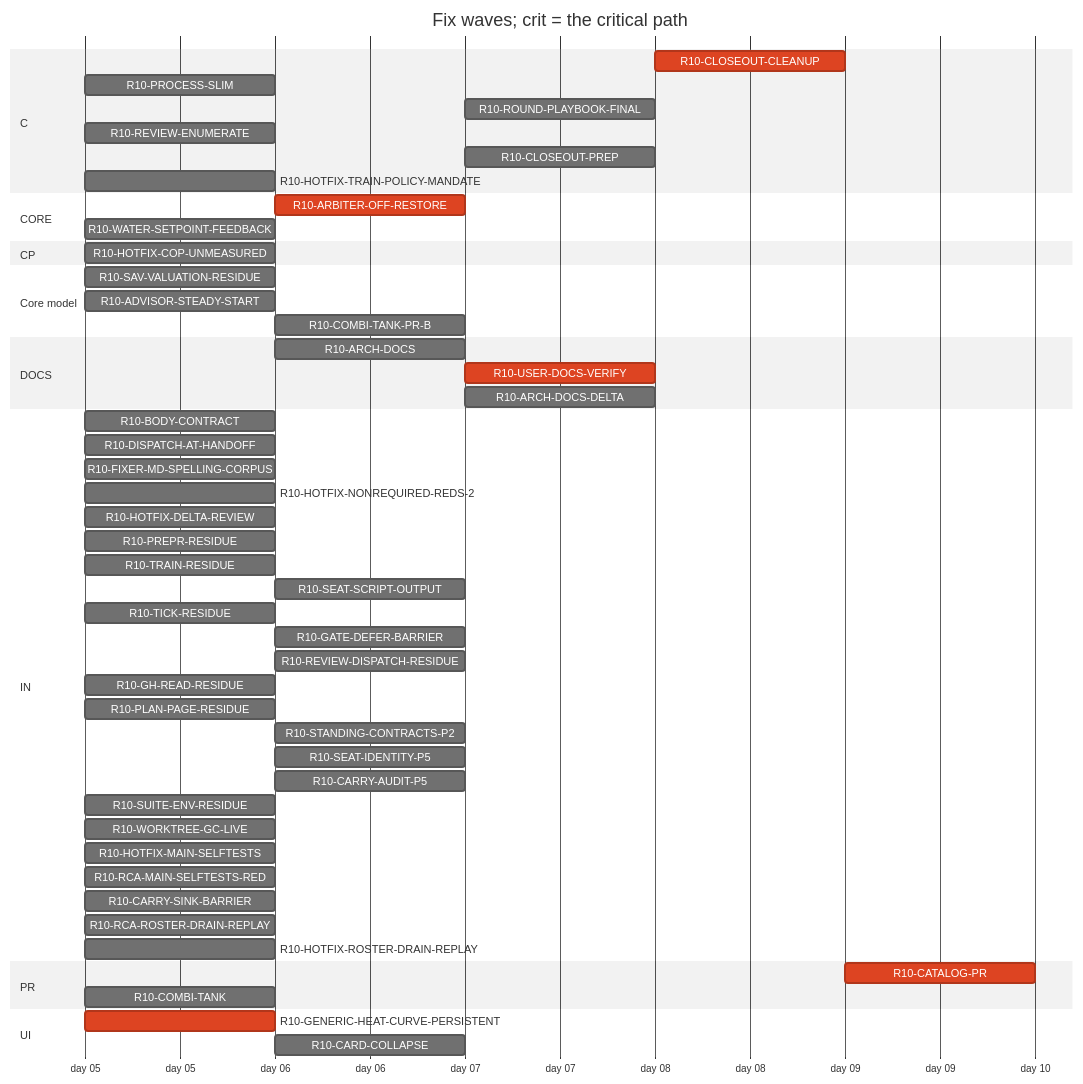
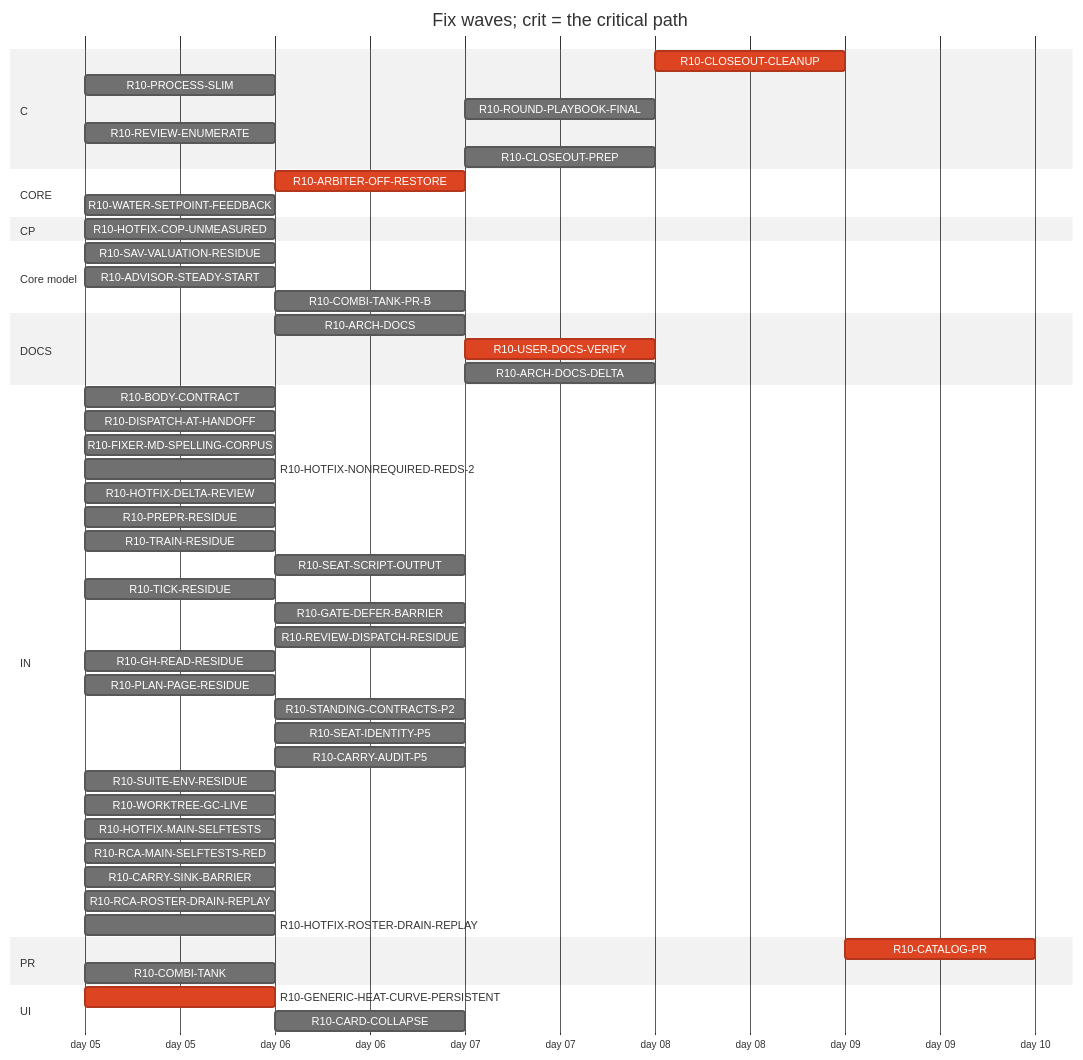
Before and after one commit to tvofi/heatpump_optimizer: the diagram in handoff/round10/state/PLAN-TABLE.md, drawn with Mermaid (neutral theme). The commit also changed other lines of this file and 3 other files, not shown here.

Commit message:
state: FLOW-BOARD.md, NEXT-SESSION-PROMPT.md, PLAN-TABLE.md, RESUME-CURRENT.md regenerated (state_docs.py)

````diff
--- a/handoff/round10/state/PLAN-TABLE.md
+++ b/handoff/round10/state/PLAN-TABLE.md
@@ -21,56 +21,55 @@
 ```mermaid
 gantt
   title Fix waves; crit = the critical path
   dateFormat YYYY-MM-DD
   axisFormat day %d
   section C
     R10-CLOSEOUT-CLEANUP :crit, r10CLOSEOUTCLEANUP, after r10ARCHDOCS r10USERDOCSVERIFY r10ROUNDPLAYBOOKFINAL r10CLOSEOUTPREP r10ARCHDOCSDELTA, 1d
     R10-PROCESS-SLIM :r10PROCESSSLIM, 2026-01-05, 1d
     R10-ROUND-PLAYBOOK-FINAL :r10ROUNDPLAYBOOKFINAL, after r10DISPATCHATHANDOFF r10BODYCONTRACT r10PROCESSSLIM r10FIXERMDSPELLINGCORPUS r10PREPRRESIDUE r10SEATSCRIPTOUTPUT r10REVIEWDISPATCHRESIDUE r10CARRYAUDITP5 r10TICKRESIDUE r10SEATIDENTITYP5 r10STANDINGCONTRACTSP2 r10PLANPAGERESIDUE r10TRAINRESIDUE r10GHREADRESIDUE r10SUITEENVRESIDUE r10GATEDEFERBARRIER r10WORKTREEGCLIVE, 1d
     R10-REVIEW-ENUMERATE :r10REVIEWENUMERATE, 2026-01-05, 1d
     R10-CLOSEOUT-PREP :r10CLOSEOUTPREP, after r10ARCHDOCS r10DISPATCHATHANDOFF r10BODYCONTRACT r10PROCESSSLIM r10FIXERMDSPELLINGCORPUS r10PREPRRESIDUE r10SEATSCRIPTOUTPUT r10REVIEWDISPATCHRESIDUE r10CARRYAUDITP5 r10TICKRESIDUE r10SEATIDENTITYP5 r10STANDINGCONTRACTSP2 r10PLANPAGERESIDUE r10TRAINRESIDUE r10GHREADRESIDUE r10SUITEENVRESIDUE r10GATEDEFERBARRIER r10WORKTREEGCLIVE, 1d
-    R10-HOTFIX-TRAIN-POLICY-MANDATE :r10HOTFIXTRAINPOLICYMANDATE, 2026-01-05, 1d
   section CORE
     R10-ARBITER-OFF-RESTORE :crit, r10ARBITEROFFRESTORE, after r10GENERICHEATCURVEPERSISTENT r10WATERSETPOINTFEEDBACK, 1d
     R10-WATER-SETPOINT-FEEDBACK :r10WATERSETPOINTFEEDBACK, 2026-01-05, 1d
   section CP
     R10-HOTFIX-COP-UNMEASURED :r10HOTFIXCOPUNMEASURED, 2026-01-05, 1d
   section Core model
     R10-SAV-VALUATION-RESIDUE :r10SAVVALUATIONRESIDUE, 2026-01-05, 1d
     R10-ADVISOR-STEADY-START :r10ADVISORSTEADYSTART, 2026-01-05, 1d
     R10-COMBI-TANK-PR-B :r10COMBITANKPRB, after r10COMBITANK, 1d
   section DOCS
     R10-ARCH-DOCS :r10ARCHDOCS, after r10DISPATCHATHANDOFF r10BODYCONTRACT r10PROCESSSLIM, 1d
     R10-USER-DOCS-VERIFY :crit, r10USERDOCSVERIFY, after r10HOTFIXCOPUNMEASURED r10GENERICHEATCURVEPERSISTENT r10ARBITEROFFRESTORE r10COMBITANK, 1d
     R10-ARCH-DOCS-DELTA :r10ARCHDOCSDELTA, after r10ARCHDOCS r10HOTFIXCOPUNMEASURED r10GENERICHEATCURVEPERSISTENT r10ARBITEROFFRESTORE r10COMBITANK r10SAVVALUATIONRESIDUE r10ADVISORSTEADYSTART r10COMBITANKPRB, 1d
   section IN
     R10-BODY-CONTRACT :r10BODYCONTRACT, 2026-01-05, 1d
     R10-DISPATCH-AT-HANDOFF :r10DISPATCHATHANDOFF, 2026-01-05, 1d
     R10-FIXER-MD-SPELLING-CORPUS :r10FIXERMDSPELLINGCORPUS, 2026-01-05, 1d
     R10-HOTFIX-NONREQUIRED-REDS-2 :r10HOTFIXNONREQUIREDREDS2, 2026-01-05, 1d
     R10-HOTFIX-DELTA-REVIEW :r10HOTFIXDELTAREVIEW, 2026-01-05, 1d
     R10-PREPR-RESIDUE :r10PREPRRESIDUE, 2026-01-05, 1d
     R10-TRAIN-RESIDUE :r10TRAINRESIDUE, 2026-01-05, 1d
     R10-SEAT-SCRIPT-OUTPUT :r10SEATSCRIPTOUTPUT, after r10TRAINRESIDUE, 1d
     R10-TICK-RESIDUE :r10TICKRESIDUE, 2026-01-05, 1d
     R10-GATE-DEFER-BARRIER :r10GATEDEFERBARRIER, after r10TRAINRESIDUE r10TICKRESIDUE, 1d
     R10-REVIEW-DISPATCH-RESIDUE :r10REVIEWDISPATCHRESIDUE, after r10DISPATCHATHANDOFF r10REVIEWENUMERATE r10HOTFIXDELTAREVIEW r10PROCESSSLIM, 1d
     R10-GH-READ-RESIDUE :r10GHREADRESIDUE, 2026-01-05, 1d
     R10-PLAN-PAGE-RESIDUE :r10PLANPAGERESIDUE, 2026-01-05, 1d
     R10-STANDING-CONTRACTS-P2 :r10STANDINGCONTRACTSP2, after r10FIXERMDSPELLINGCORPUS, 1d
     R10-SEAT-IDENTITY-P5 :r10SEATIDENTITYP5, after r10TICKRESIDUE, 1d
     R10-CARRY-AUDIT-P5 :r10CARRYAUDITP5, after r10BODYCONTRACT, 1d
     R10-SUITE-ENV-RESIDUE :r10SUITEENVRESIDUE, 2026-01-05, 1d
     R10-WORKTREE-GC-LIVE :r10WORKTREEGCLIVE, 2026-01-05, 1d
     R10-HOTFIX-MAIN-SELFTESTS :r10HOTFIXMAINSELFTESTS, 2026-01-05, 1d
     R10-RCA-MAIN-SELFTESTS-RED :r10RCAMAINSELFTESTSRED, 2026-01-05, 1d
     R10-CARRY-SINK-BARRIER :r10CARRYSINKBARRIER, 2026-01-05, 1d
     R10-RCA-ROSTER-DRAIN-REPLAY :r10RCAROSTERDRAINREPLAY, 2026-01-05, 1d
     R10-HOTFIX-ROSTER-DRAIN-REPLAY :r10HOTFIXROSTERDRAINREPLAY, 2026-01-05, 1d
   section PR
     R10-CATALOG-PR :crit, r10CATALOGPR, after r10USERDOCSVERIFY r10ARCHDOCS r10ROUNDPLAYBOOKFINAL r10CLOSEOUTCLEANUP r10CLOSEOUTPREP r10ARCHDOCSDELTA, 1d
     R10-COMBI-TANK :r10COMBITANK, 2026-01-05, 1d
   section UI
     R10-GENERIC-HEAT-CURVE-PERSISTENT :crit, r10GENERICHEATCURVEPERSISTENT, 2026-01-05, 1d
     R10-CARD-COLLAPSE :r10CARDCOLLAPSE, after r10HOTFIXCOPUNMEASURED, 1d
 ```
````
